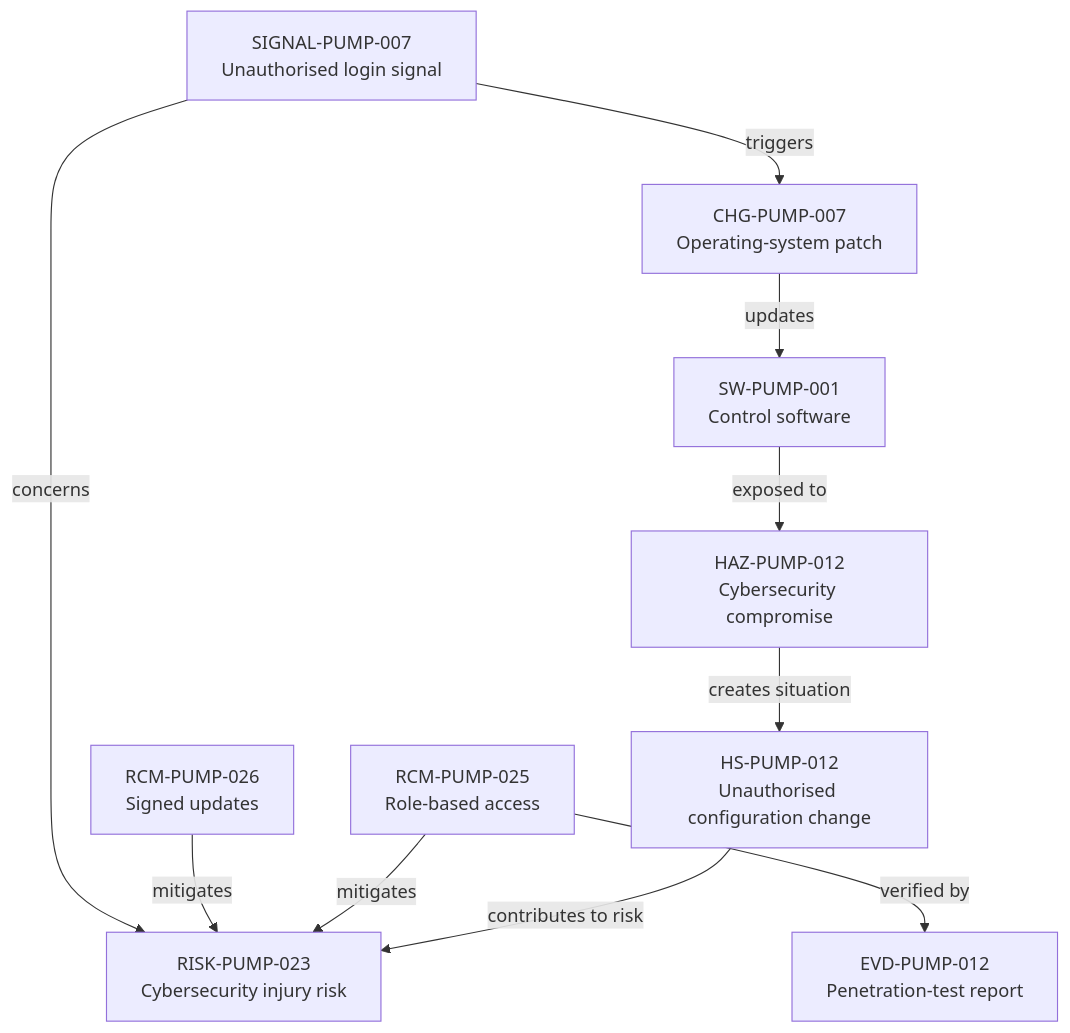
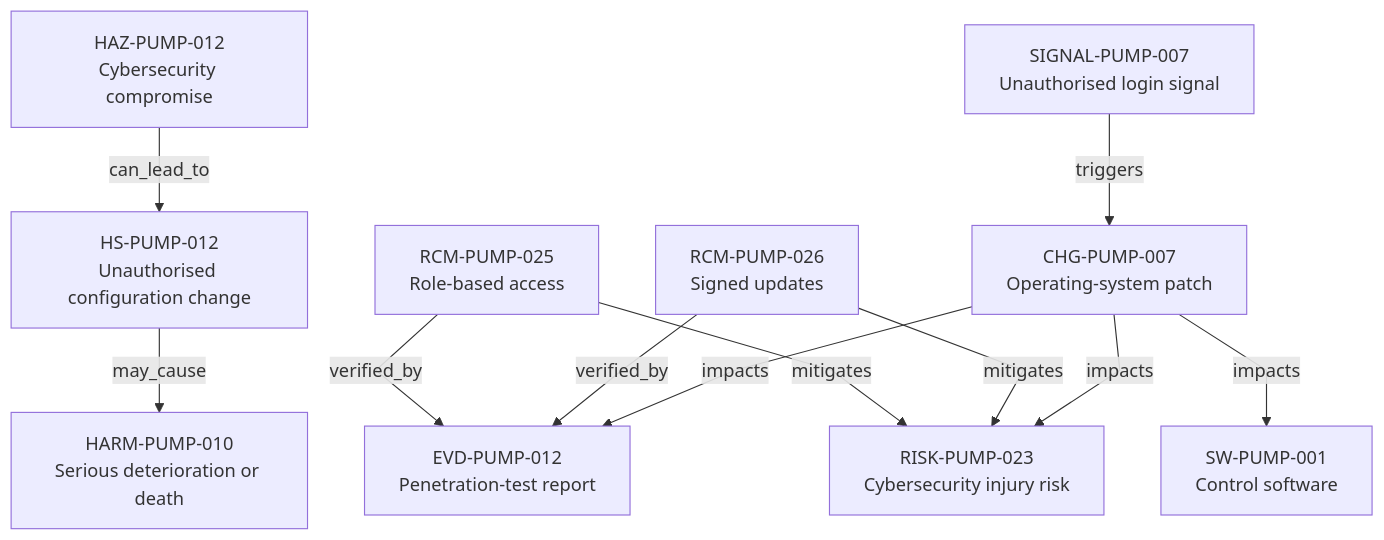
One commit to mvattulainen/mdrontology changed the diagram in content/06-Infpump FlowGuard ontology notes/connections/06-cybersecurity-control-and-feedback-loop.md. Above: the diagram before and after it, drawn with Mermaid. The commit also changed other lines of this file and 321 other files, not shown here.

Commit message:
Implement Mermaid ontology audit findings

````diff
--- a/content/06-Infpump FlowGuard ontology notes/connections/06-cybersecurity-control-and-feedback-loop.md
+++ b/content/06-Infpump FlowGuard ontology notes/connections/06-cybersecurity-control-and-feedback-loop.md
@@ -25,30 +24,34 @@
 ```mermaid
+%%{init: {"flowchart": {"curve": "linear"}}}%%
 flowchart TD
   N1["SW-PUMP-001<br/>Control software"]
   N2["HAZ-PUMP-012<br/>Cybersecurity compromise"]
   N3["HS-PUMP-012<br/>Unauthorised configuration change"]
-  N4["RISK-PUMP-023<br/>Cybersecurity injury risk"]
-  N5["RCM-PUMP-025<br/>Role-based access"]
-  N6["RCM-PUMP-026<br/>Signed updates"]
-  N7["EVD-PUMP-012<br/>Penetration-test report"]
-  N8["SIGNAL-PUMP-007<br/>Unauthorised login signal"]
-  N9["CHG-PUMP-007<br/>Operating-system patch"]
-  N1 -->|exposed to| N2
-  N2 -->|creates situation| N3
-  N3 -->|contributes to risk| N4
-  N5 -->|mitigates| N4
-  N6 -->|mitigates| N4
-  N5 -->|verified by| N7
-  N8 -->|concerns| N4
-  N8 -->|triggers| N9
-  N9 -->|updates| N1
+  N4["HARM-PUMP-010<br/>Serious deterioration or death"]
+  N5["RISK-PUMP-023<br/>Cybersecurity injury risk"]
+  N6["RCM-PUMP-025<br/>Role-based access"]
+  N7["RCM-PUMP-026<br/>Signed updates"]
+  N8["EVD-PUMP-012<br/>Penetration-test report"]
+  N9["SIGNAL-PUMP-007<br/>Unauthorised login signal"]
+  N10["CHG-PUMP-007<br/>Operating-system patch"]
+  N2 -->|can_lead_to| N3
+  N3 -->|may_cause| N4
+  N6 -->|mitigates| N5
+  N7 -->|mitigates| N5
+  N6 -->|verified_by| N8
+  N7 -->|verified_by| N8
+  N9 -->|triggers| N10
+  N10 -->|impacts| N5
+  N10 -->|impacts| N1
+  N10 -->|impacts| N8
   click N1 "/06-infpump-flowguard-ontology-notes/software-version/sw-pump-001-infpump-flowguard-control-software-420" "Open SW-PUMP-001"
   click N2 "/06-infpump-flowguard-ontology-notes/hazard/haz-pump-012-cybersecurity-compromise" "Open HAZ-PUMP-012"
   click N3 "/06-infpump-flowguard-ontology-notes/hazardous-situation/hs-pump-012-unauthorised-actor-changes-therapy-or-device-configuration" "Open HS-PUMP-012"
-  click N4 "/06-infpump-flowguard-ontology-notes/risk/risk-pump-023-clinical-injury-following-cybersecurity-compromise" "Open RISK-PUMP-023"
-  click N5 "/06-infpump-flowguard-ontology-notes/risk-control-measure/rcm-pump-025-role-based-access-control" "Open RCM-PUMP-025"
-  click N6 "/06-infpump-flowguard-ontology-notes/risk-control-measure/rcm-pump-026-signed-software-update-packages" "Open RCM-PUMP-026"
-  click N7 "/06-infpump-flowguard-ontology-notes/verification-evidence/evd-pump-012-cybersecurity-penetration-test-report" "Open EVD-PUMP-012"
-  click N8 "/06-infpump-flowguard-ontology-notes/signal/signal-pump-007-repeated-unauthorised-login-attempts" "Open SIGNAL-PUMP-007"
-  click N9 "/06-infpump-flowguard-ontology-notes/change/chg-pump-007-cybersecurity-operating-system-patch" "Open CHG-PUMP-007"
+  click N4 "/06-infpump-flowguard-ontology-notes/harm/harm-pump-010-serious-deterioration-or-death" "Open HARM-PUMP-010"
+  click N5 "/06-infpump-flowguard-ontology-notes/risk/risk-pump-023-clinical-injury-following-cybersecurity-compromise" "Open RISK-PUMP-023"
+  click N6 "/06-infpump-flowguard-ontology-notes/risk-control-measure/rcm-pump-025-role-based-access-control" "Open RCM-PUMP-025"
+  click N7 "/06-infpump-flowguard-ontology-notes/risk-control-measure/rcm-pump-026-signed-software-update-packages" "Open RCM-PUMP-026"
+  click N8 "/06-infpump-flowguard-ontology-notes/verification-evidence/evd-pump-012-cybersecurity-penetration-test-report" "Open EVD-PUMP-012"
+  click N9 "/06-infpump-flowguard-ontology-notes/signal/signal-pump-007-repeated-unauthorised-login-attempts" "Open SIGNAL-PUMP-007"
+  click N10 "/06-infpump-flowguard-ontology-notes/change/chg-pump-007-cybersecurity-operating-system-patch" "Open CHG-PUMP-007"
 ```
````
